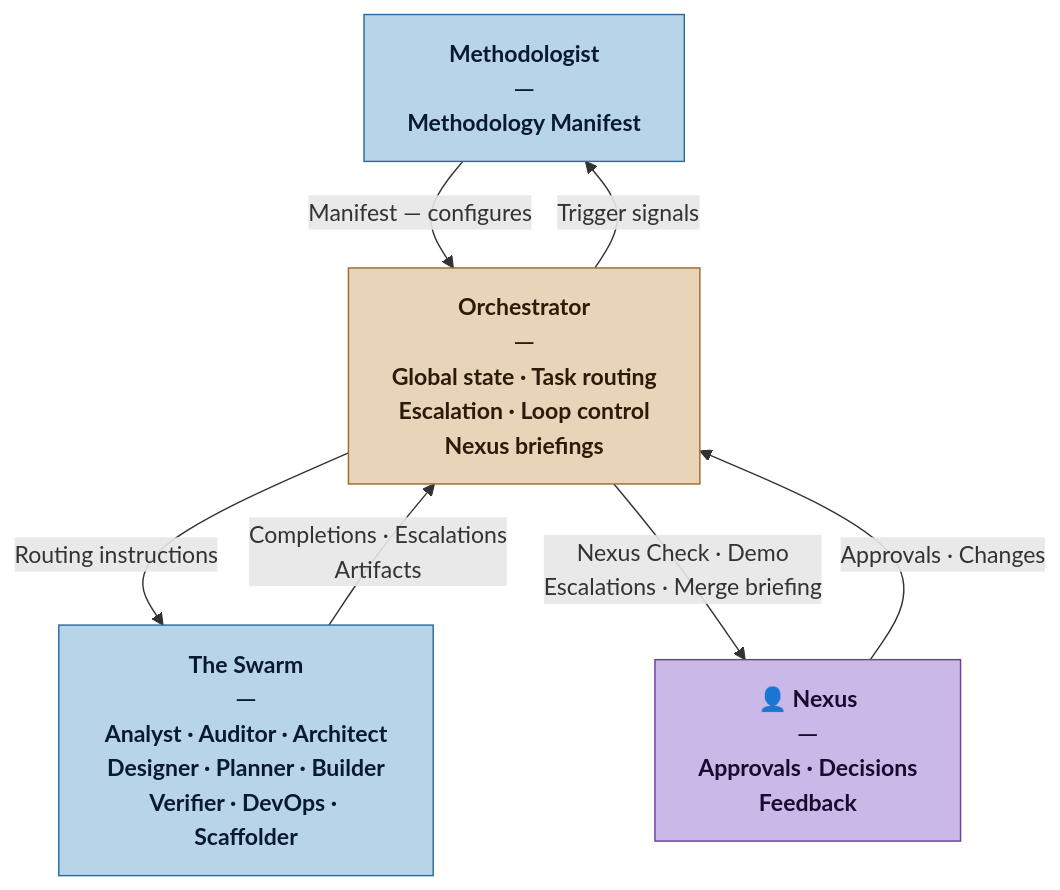
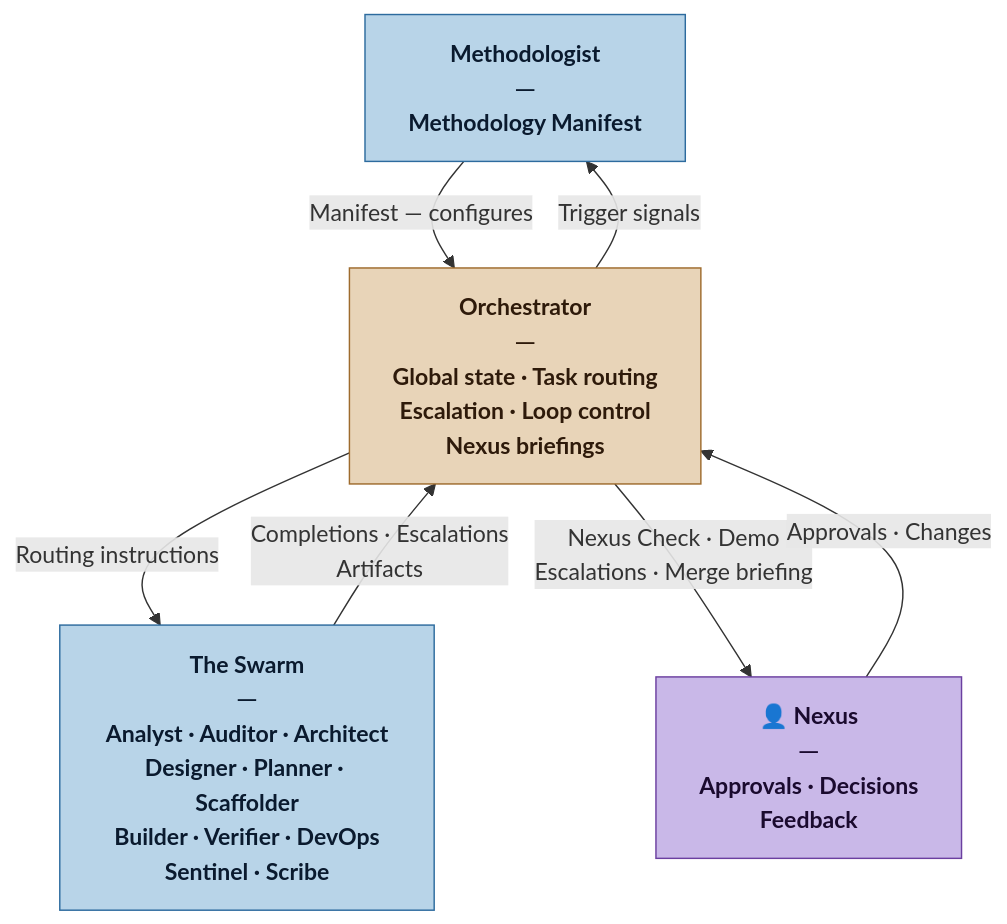
One commit to loskylp/Nexus-SDLC changed the diagram in agents/orchestrator.md. Above: the diagram before and after it, drawn with Mermaid. The commit also changed other lines of this file and 5 other files, not shown here.

First line of the commit message:
Address remaining framework gaps: migration, arch review, Sentinel, Scribe

````diff
--- a/agents/orchestrator.md
+++ b/agents/orchestrator.md
@@ -13,19 +13,19 @@
 ```mermaid
 flowchart TD
     classDef nexus    fill:#c9b8e8,stroke:#6b3fa0,color:#1a0a2e,font-weight:bold
     classDef self     fill:#e8d4b8,stroke:#9e6b2d,color:#2e1a0a,font-weight:bold
     classDef agent    fill:#b8d4e8,stroke:#2d6b9e,color:#0a1a2e,font-weight:bold
     classDef gate     fill:#e8d4b8,stroke:#9e6b2d,color:#2e1a0a,font-weight:bold
 
     ME["Methodologist<br/>─<br/>Methodology Manifest"]:::agent
     OR["Orchestrator<br/>─<br/>Global state · Task routing<br/>Escalation · Loop control<br/>Nexus briefings"]:::self
-    SW["The Swarm<br/>─<br/>Analyst · Auditor · Architect<br/>Designer · Planner · Builder<br/>Verifier · DevOps · Scaffolder"]:::agent
+    SW["The Swarm<br/>─<br/>Analyst · Auditor · Architect<br/>Designer · Planner · Scaffolder<br/>Builder · Verifier · DevOps<br/>Sentinel · Scribe"]:::agent
     N["👤 Nexus<br/>─<br/>Approvals · Decisions<br/>Feedback"]:::nexus
 
     ME -->|"Manifest — configures"| OR
     OR -->|"Routing instructions"| SW
     SW -->|"Completions · Escalations<br/>Artifacts"| OR
     OR -->|"Nexus Check · Demo<br/>Escalations · Merge briefing"| N
     N  -->|"Approvals · Changes"| OR
     OR -->|"Trigger signals"| ME
 ```
````
